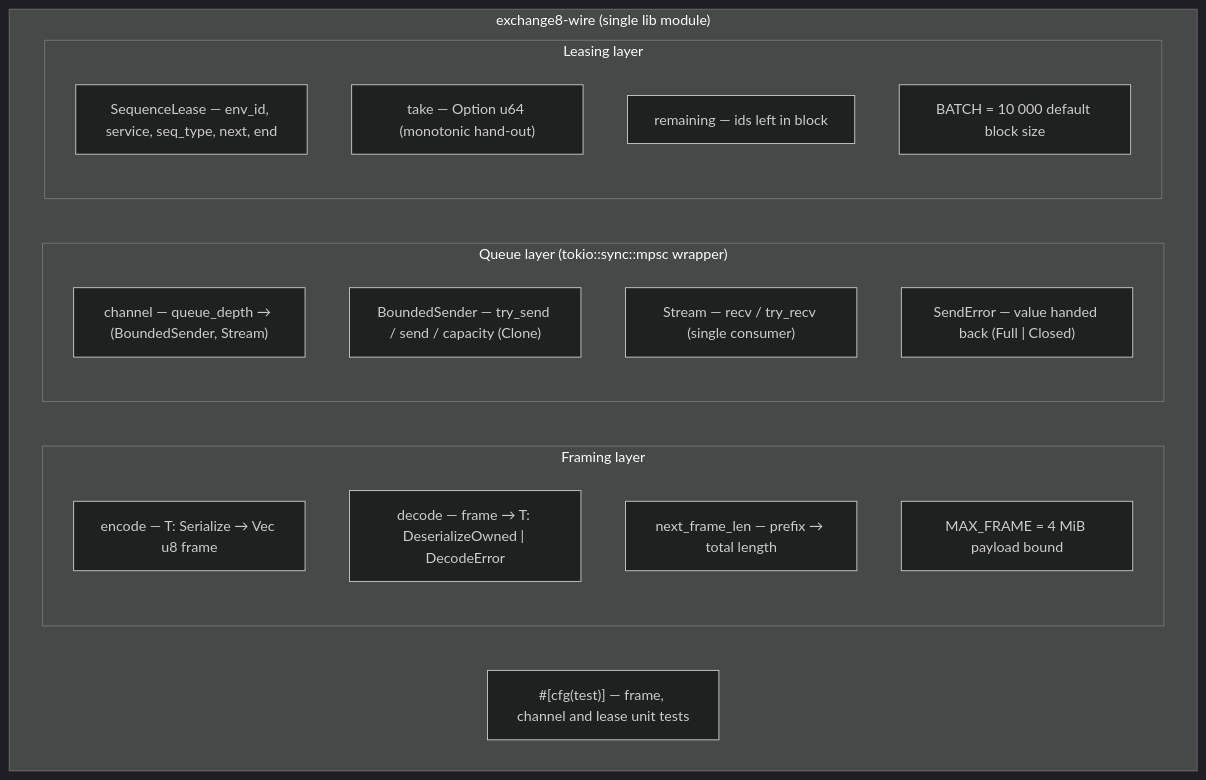
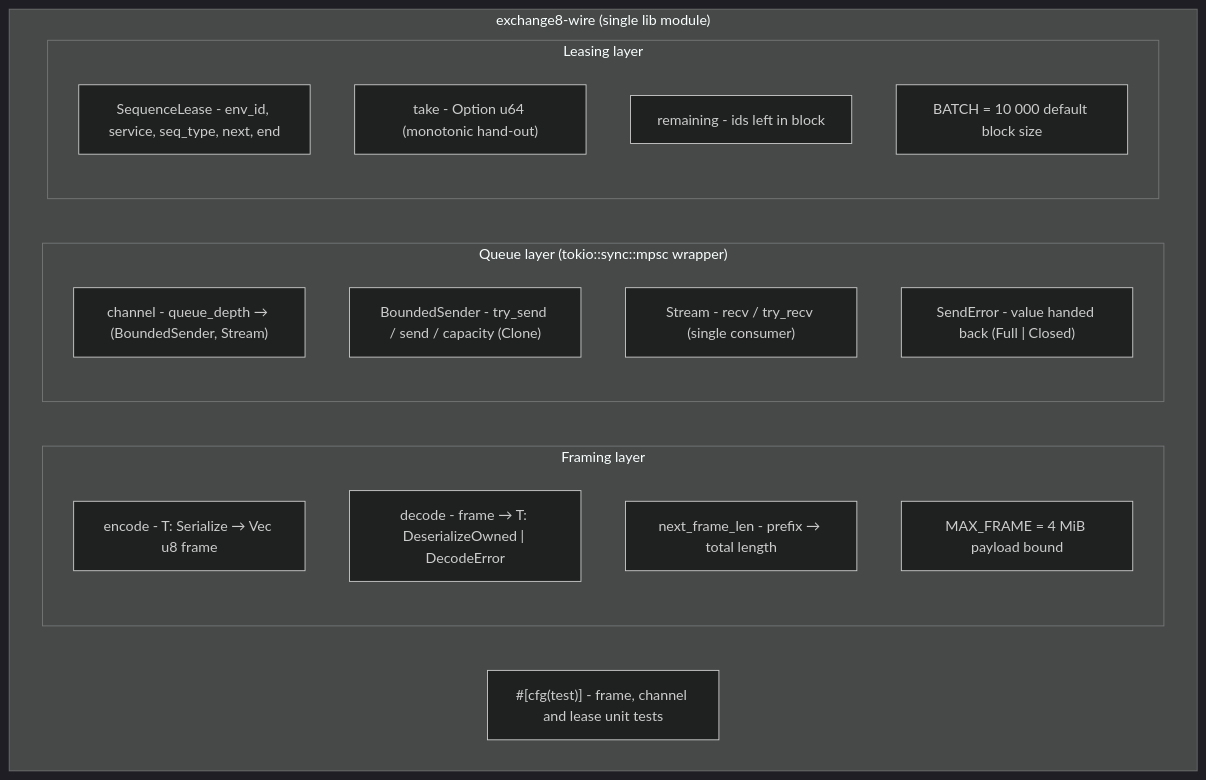
The second of 9 diagrams in crates/wire/DESIGN.md (Exchange8-dev/exchange8-sdk), drawn with Mermaid (dark theme) before and after one commit. The commit also changed other lines of this file and 60 other files, not shown here.

````diff
--- a/crates/wire/DESIGN.md
+++ b/crates/wire/DESIGN.md
@@ -81,24 +81,24 @@
 ```mermaid
 graph TD
     subgraph LIB["exchange8-wire (single lib module)"]
         subgraph Framing["Framing layer"]
-            ENC["encode — T: Serialize → Vec u8 frame"]
-            DEC["decode — frame → T: DeserializeOwned | DecodeError"]
-            NFL["next_frame_len — prefix → total length"]
+            ENC["encode - T: Serialize → Vec u8 frame"]
+            DEC["decode - frame → T: DeserializeOwned | DecodeError"]
+            NFL["next_frame_len - prefix → total length"]
             MAXF["MAX_FRAME = 4 MiB payload bound"]
         end
         subgraph Queues["Queue layer (tokio::sync::mpsc wrapper)"]
-            CH["channel — queue_depth → (BoundedSender, Stream)"]
-            BS["BoundedSender — try_send / send / capacity (Clone)"]
-            ST["Stream — recv / try_recv (single consumer)"]
-            SE["SendError — value handed back (Full | Closed)"]
+            CH["channel - queue_depth → (BoundedSender, Stream)"]
+            BS["BoundedSender - try_send / send / capacity (Clone)"]
+            ST["Stream - recv / try_recv (single consumer)"]
+            SE["SendError - value handed back (Full | Closed)"]
         end
         subgraph Leasing["Leasing layer"]
-            SL["SequenceLease — env_id, service, seq_type, next, end"]
-            TK["take — Option u64 (monotonic hand-out)"]
-            RM["remaining — ids left in block"]
+            SL["SequenceLease - env_id, service, seq_type, next, end"]
+            TK["take - Option u64 (monotonic hand-out)"]
+            RM["remaining - ids left in block"]
             BQ["BATCH = 10 000 default block size"]
         end
-        TESTS["#[cfg(test)] — frame, channel and lease unit tests"]
+        TESTS["#[cfg(test)] - frame, channel and lease unit tests"]
     end
 ```
````
